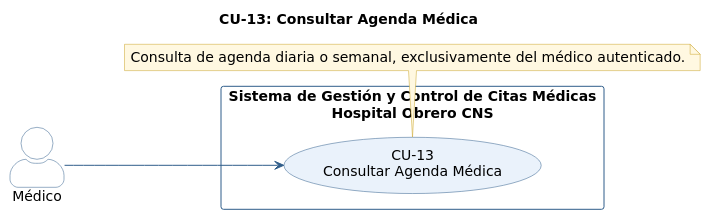
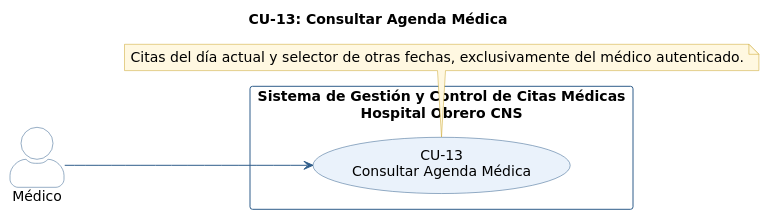
Before and after one commit to INTERNO-TRABAJO-CNS/Hospital-Obrero-Interno: the diagram in 03_des/diagramaCU/CU-13_ConsultarAgendaMedica.puml, drawn with PlantUML. The commit also changed 204 other files, not shown here.

Commit message:
actualización de cada CU, RF, RNF, diagramas de comportamieno, de estado, reasignación de tareas en general

```diff
--- a/03_des/diagramaCU/CU-13_ConsultarAgendaMedica.puml
+++ b/03_des/diagramaCU/CU-13_ConsultarAgendaMedica.puml
@@ -1,41 +1,42 @@
 @startuml CU-13_ConsultarAgendaMedica
 ' Diagrama individual de caso de uso CU-13 — Hospital Obrero CNS
 ' Fuente: CNS_ CASOS DE USO(1).docx — matriz y especificación de CU
 ' Issue: T07 - Diagramas de casos de uso
 left to right direction
 skinparam shadowing false
 skinparam defaultFontName "DejaVu Sans"
 skinparam defaultFontSize 14
 skinparam actorStyle awesome
 skinparam packageStyle rectangle
 skinparam ArrowColor #2F5D8A
 skinparam actor {
   BorderColor #2F5D8A
   BackgroundColor #FFFFFF
 }
 skinparam usecase {
   BackgroundColor #EAF2FB
   BorderColor #2F5D8A
   ArrowColor #2F5D8A
 }
 skinparam rectangle {
   BorderColor #2F5D8A
   FontStyle bold
 }
 skinparam note {
   BackgroundColor #FFF8E1
   BorderColor #C9A227
 }
 title CU-13: Consultar Agenda Médica
 
 rectangle "Sistema de Gestión y Control de Citas Médicas\nHospital Obrero CNS" as CNS {
   usecase "CU-13\nConsultar Agenda Médica" as CU13
 }
 
 actor "Médico" as ACTOR1
 ACTOR1 --> CU13
 note bottom of CU13
-  Consulta de agenda diaria o semanal, exclusivamente del médico autenticado.
+  Citas del día actual y selector de otras fechas, exclusivamente del médico autenticado.
 end note
 
+' Modificado 04/11/2026: ver 06_proyect/CAMBIOS_04-11-2026.md
 @enduml
```
